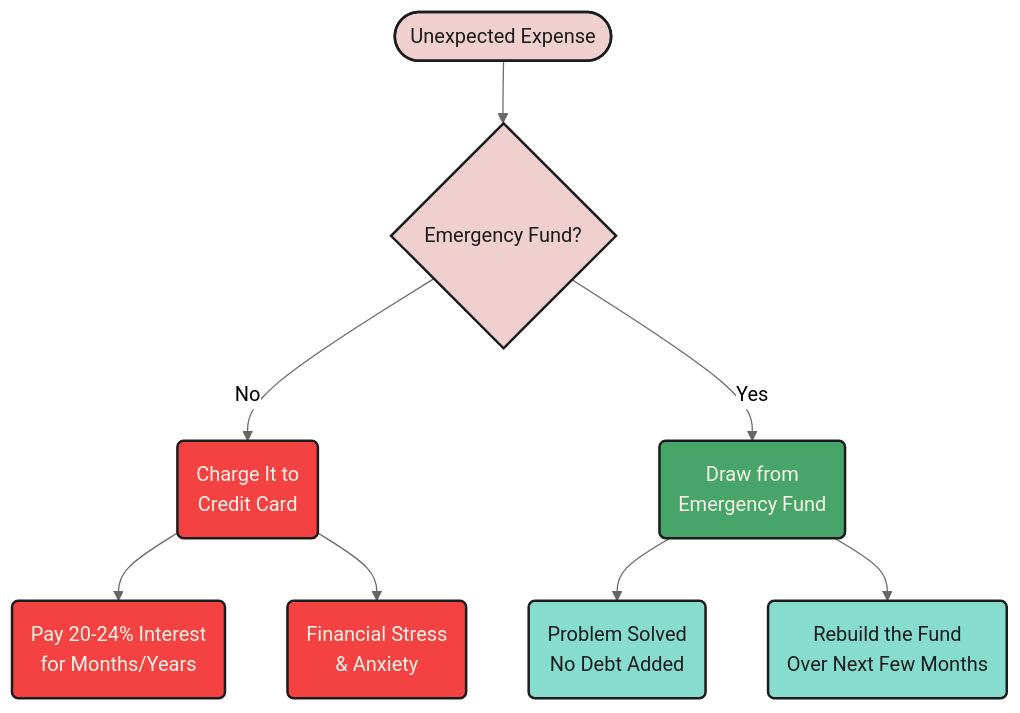
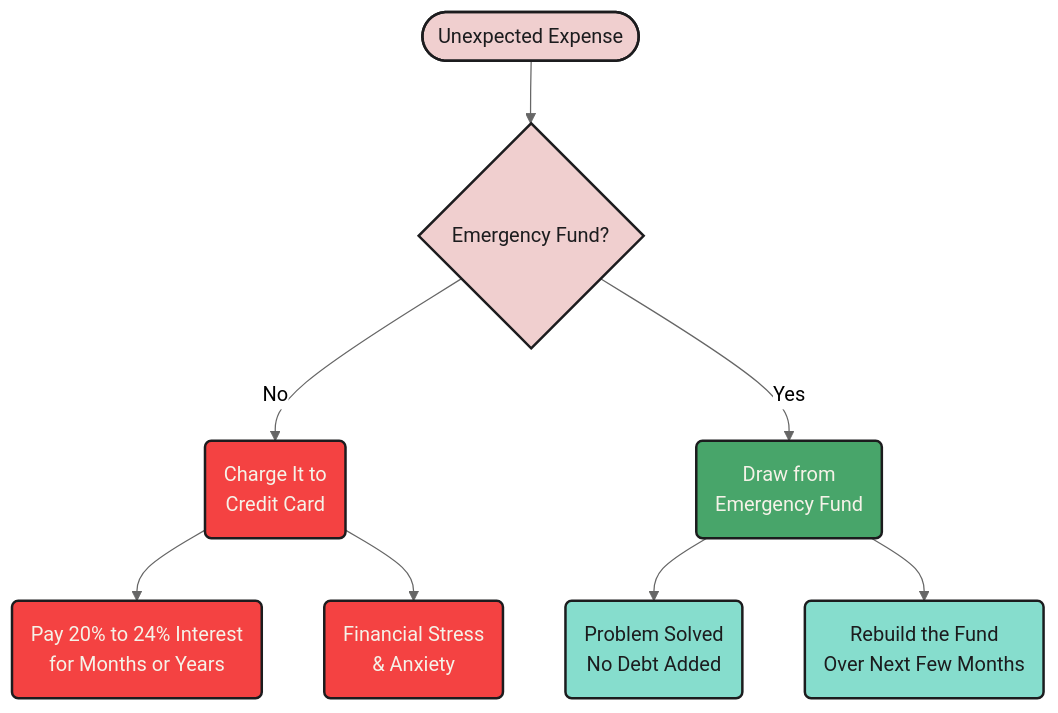
The first of 5 diagrams in emergency_fund.qmd (mjfrigaard/fm-finance), drawn with Mermaid before and after one commit. The commit also changed other lines of this file and 22 other files, not shown here.

````diff
--- a/emergency_fund.qmd
+++ b/emergency_fund.qmd
@@ -33,22 +33,22 @@
 ```{mermaid}
 %%| fig-cap: 'Without an Emergency Fund'
 %%| fig-align: center
 %%{init: {'theme': 'neutral', 'themeVariables': { 'fontFamily': 'monospace', "darkMode":false, "fontSize":"16px"}}}%%
 
 flowchart TD
     Crisis(["Unexpected Expense"]) --> NoFund{"Emergency Fund?"}
     NoFund -->|"No"| CreditCard("Charge It to<br>Credit Card")
     NoFund -->|"Yes"| EFund("Draw from<br>Emergency Fund")
-    CreditCard --> Interest("Pay 20-24% Interest<br>for Months/Years")
+    CreditCard --> Interest("Pay 20% to 24% Interest<br>for Months or Years")
     CreditCard --> Stress("Financial Stress<br>& Anxiety")
     EFund --> Solved("Problem Solved<br>No Debt Added")
     EFund --> Rebuild("Rebuild the Fund<br>Over Next Few Months")
     style Crisis fill:#f0cfcf,color:#1C1C1E,stroke:#1C1C1E,stroke-width:2px
     style NoFund fill:#f0cfcf,color:#1C1C1E,stroke:#1C1C1E,stroke-width:2px
     style CreditCard fill:#f44242,color:#F5F2E8,stroke:#1C1C1E,stroke-width:2px
     style Interest fill:#f44242,color:#F5F2E8,stroke:#1C1C1E,stroke-width:2px
     style Stress fill:#f44242,color:#F5F2E8,stroke:#1C1C1E,stroke-width:2px
     style EFund fill:#48a56a,color:#F5F2E8,stroke:#1C1C1E,stroke-width:2px
     style Solved fill:#86ddcd,color:#1C1C1E,stroke:#1C1C1E,stroke-width:2px
     style Rebuild fill:#86ddcd,color:#1C1C1E,stroke:#1C1C1E,stroke-width:2px
 ```
````
